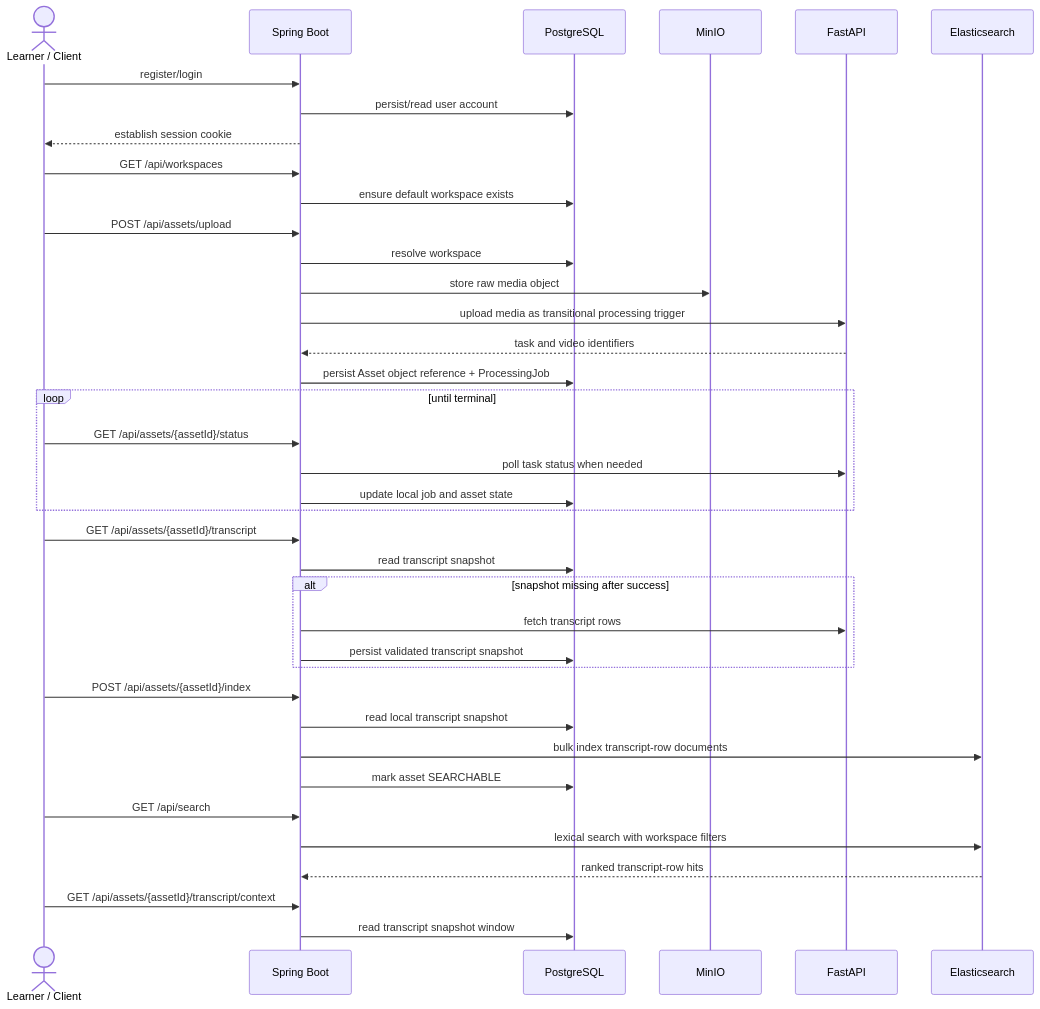
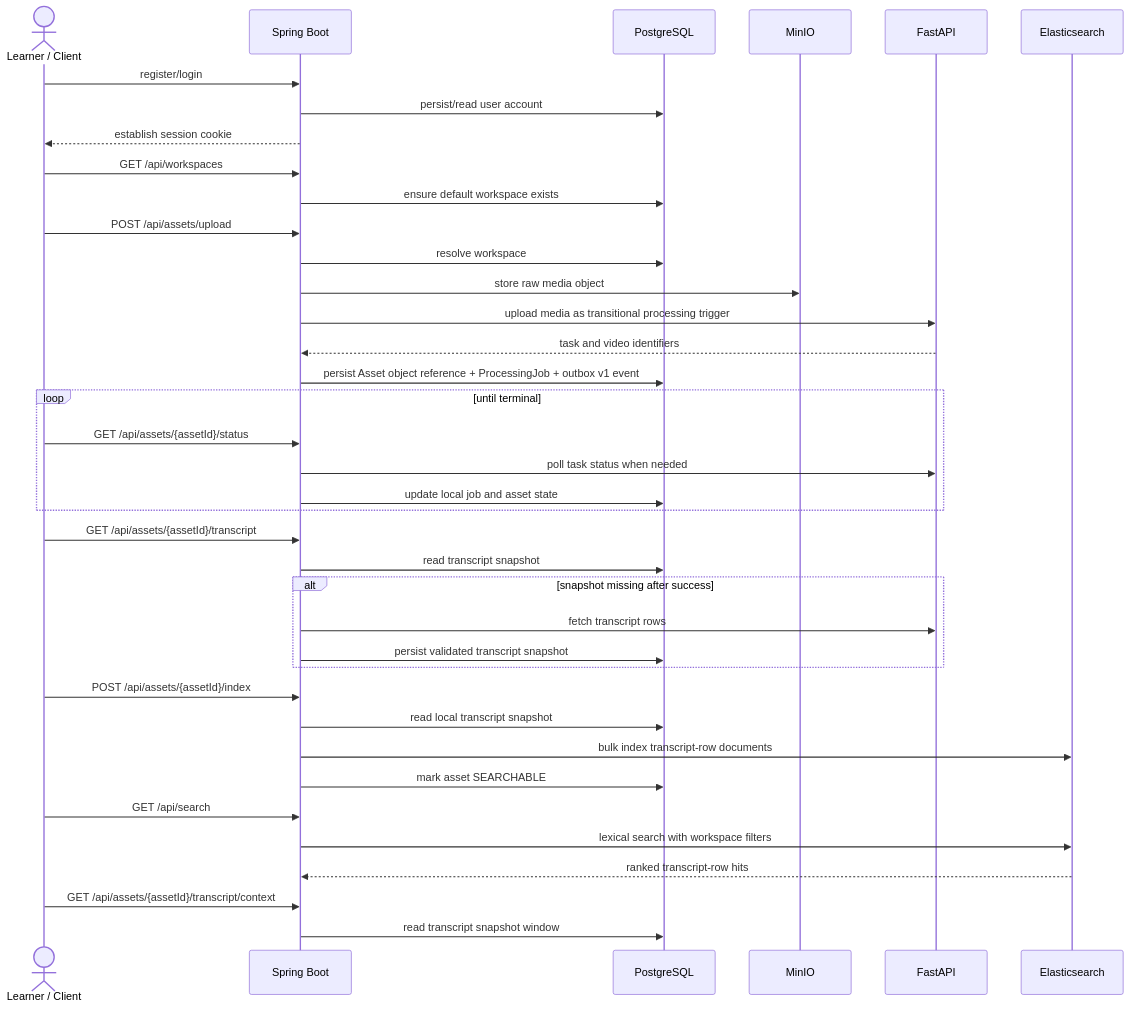
One commit to quangducnguyen1205/ai-knowledge-workspace changed the diagram in docs/architecture/phase1-implemented-product-flow.md. Above: the diagram before and after it, drawn with Mermaid. The commit also changed other lines of this file and 17 other files, not shown here.

Commit message:
feat(project3): add processing outbox foundation

````diff
--- a/docs/architecture/phase1-implemented-product-flow.md
+++ b/docs/architecture/phase1-implemented-product-flow.md
@@ -39,41 +39,41 @@
 ```mermaid
 sequenceDiagram
     actor U as Learner / Client
     participant S as Spring Boot
     participant P as PostgreSQL
     participant M as MinIO
     participant F as FastAPI
     participant E as Elasticsearch
 
     U->>S: register/login
     S->>P: persist/read user account
     S-->>U: establish session cookie
     U->>S: GET /api/workspaces
     S->>P: ensure default workspace exists
     U->>S: POST /api/assets/upload
     S->>P: resolve workspace
     S->>M: store raw media object
     S->>F: upload media as transitional processing trigger
     F-->>S: task and video identifiers
-    S->>P: persist Asset object reference + ProcessingJob
+    S->>P: persist Asset object reference + ProcessingJob + outbox v1 event
     loop until terminal
         U->>S: GET /api/assets/{assetId}/status
         S->>F: poll task status when needed
         S->>P: update local job and asset state
     end
     U->>S: GET /api/assets/{assetId}/transcript
     S->>P: read transcript snapshot
     alt snapshot missing after success
         S->>F: fetch transcript rows
         S->>P: persist validated transcript snapshot
     end
     U->>S: POST /api/assets/{assetId}/index
     S->>P: read local transcript snapshot
     S->>E: bulk index transcript-row documents
     S->>P: mark asset SEARCHABLE
     U->>S: GET /api/search
     S->>E: lexical search with workspace filters
     E-->>S: ranked transcript-row hits
     U->>S: GET /api/assets/{assetId}/transcript/context
     S->>P: read transcript snapshot window
 ```
````
